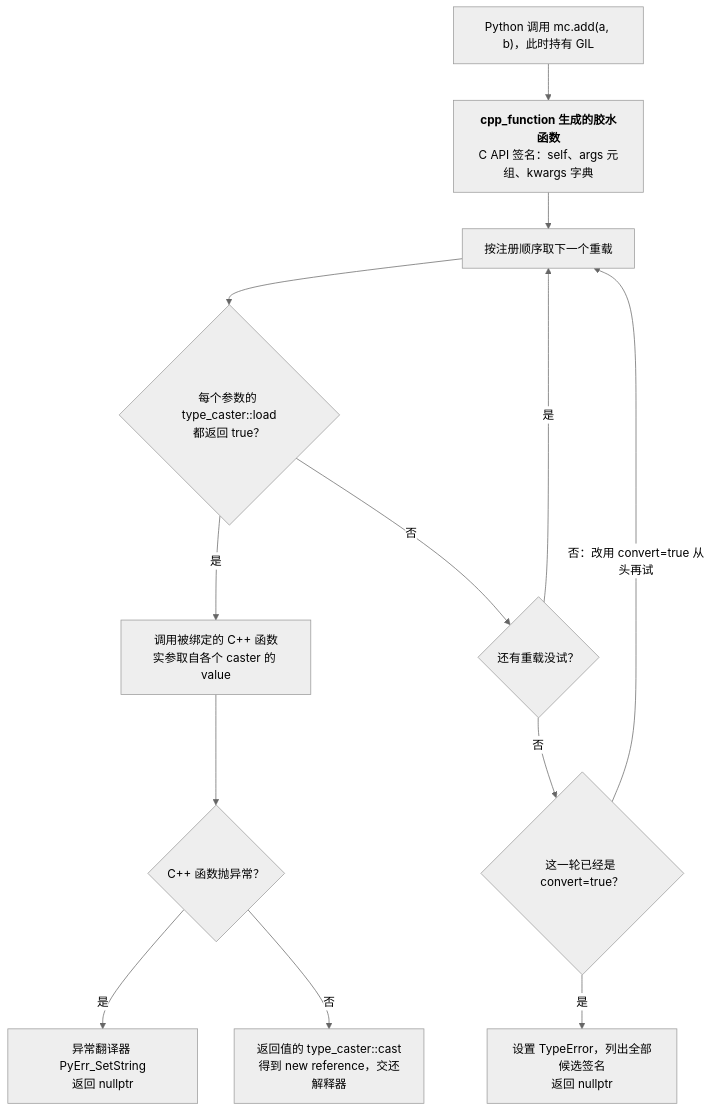
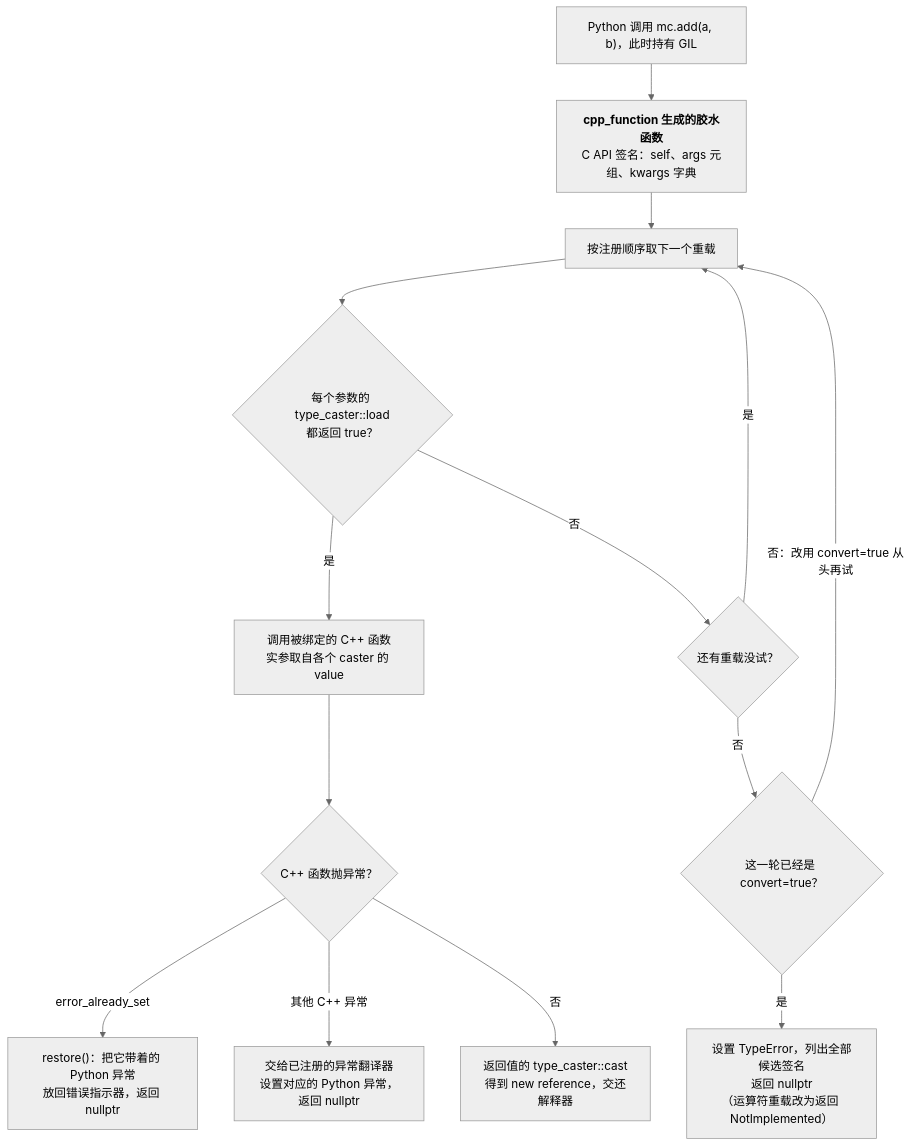
One commit to arganzheng/arganzheng.github.com changed the third of 9 diagrams in _posts/2026-02-14-cpp-pybind11-python-c-api-and-abi.md. Above: the diagram before and after it, drawn with Mermaid (neutral theme). The commit also changed other lines of this file, not shown here.

First line of the commit message:
C++ 07：胶水函数分支图与 GIL 守卫的说法对照 pybind11 3.0.1 源码改正

````diff
--- a/_posts/2026-02-14-cpp-pybind11-python-c-api-and-abi.md
+++ b/_posts/2026-02-14-cpp-pybind11-python-c-api-and-abi.md
@@ -549,25 +549,27 @@
 ```mermaid
 %% 图：pybind11 胶水函数处理一次调用的分支
 flowchart TB
     PYCALL["Python 调用 mc.add(a, b)，此时持有 GIL"]
     GLUE["<b>cpp_function 生成的胶水函数</b><br/>C API 签名：self、args 元组、kwargs 字典"]
     PICK["按注册顺序取下一个重载"]
     LOADOK{"每个参数的 type_caster::load<br/>都返回 true？"}
     MORE{"还有重载没试？"}
     ROUND{"这一轮已经是 convert=true？"}
-    TYPEERR["设置 TypeError，列出全部候选签名<br/>返回 nullptr"]
+    TYPEERR["设置 TypeError，列出全部候选签名<br/>返回 nullptr<br/>（运算符重载改为返回 NotImplemented）"]
     RUN["调用被绑定的 C++ 函数<br/>实参取自各个 caster 的 value"]
     THROWN{"C++ 函数抛异常？"}
-    TRANS["异常翻译器 PyErr_SetString<br/>返回 nullptr"]
+    RESTORE["restore()：把它带着的 Python 异常<br/>放回错误指示器，返回 nullptr"]
+    TRANS["交给已注册的异常翻译器<br/>设置对应的 Python 异常，返回 nullptr"]
     CASTRET["返回值的 type_caster::cast<br/>得到 new reference，交还解释器"]
     PYCALL --> GLUE --> PICK --> LOADOK
     LOADOK -->|"是"| RUN
     LOADOK -->|"否"| MORE
     MORE -->|"是"| PICK
     MORE -->|"否"| ROUND
     ROUND -->|"否：改用 convert=true 从头再试"| PICK
     ROUND -->|"是"| TYPEERR
     RUN --> THROWN
-    THROWN -->|"是"| TRANS
+    THROWN -->|"error_already_set"| RESTORE
+    THROWN -->|"其他 C++ 异常"| TRANS
     THROWN -->|"否"| CASTRET
 ```
````
